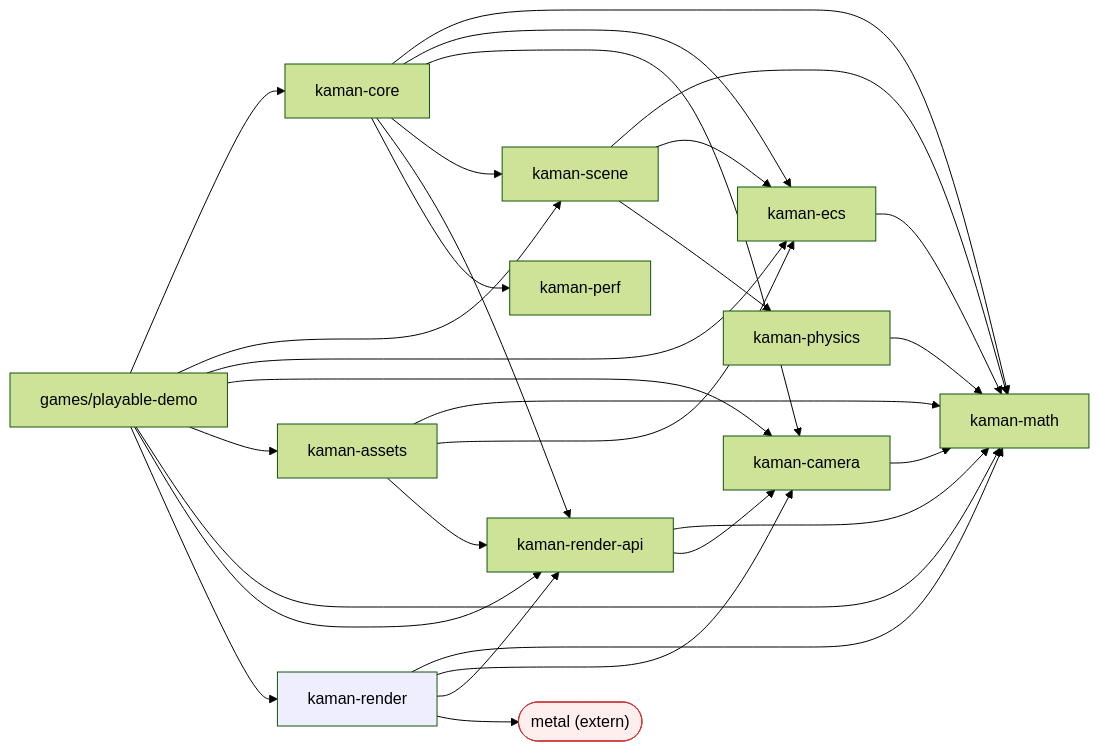
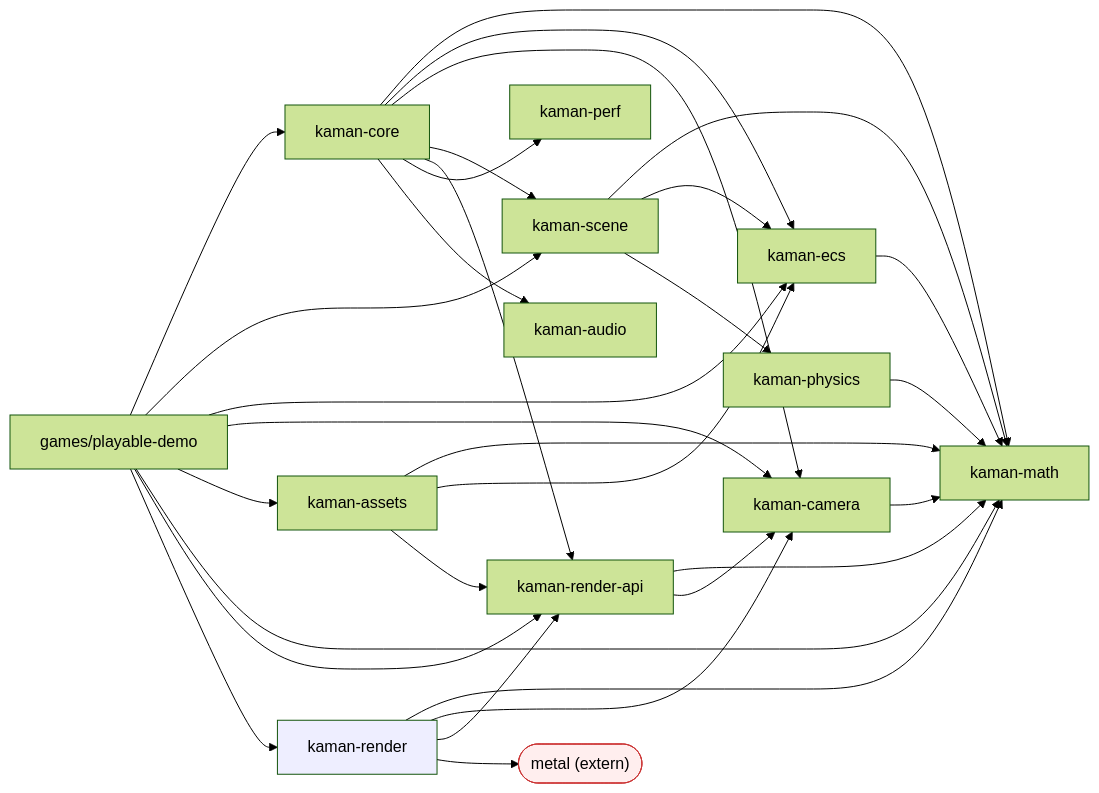
One commit to parsabee/KamanEngine changed the second of 10 diagrams in docs/DESIGN.md. Above: the diagram before and after it, drawn with Mermaid (forest theme). The commit also changed other lines of this file and 40 other files, not shown here.

````diff
--- a/docs/DESIGN.md
+++ b/docs/DESIGN.md
@@ -71,30 +72,31 @@
 ```mermaid
 graph LR
     math["kaman-math"]
     perf["kaman-perf"]
     ecs["kaman-ecs"]
     camera["kaman-camera"]
     physics["kaman-physics"]
     renderapi["kaman-render-api"]
     scene["kaman-scene"]
     assets["kaman-assets"]
+    audio["kaman-audio"]
     render["kaman-render"]
     core["kaman-core"]
     game["games/playable-demo"]
     metal(["metal (extern)"])
 
     ecs --> math
     camera --> math
     physics --> math
     renderapi --> math & camera
     scene --> math & ecs & physics
     assets --> math & ecs & renderapi
     render --> math & camera & renderapi & metal
-    core --> math & ecs & camera & scene & renderapi & perf
+    core --> math & ecs & camera & scene & renderapi & perf & audio
     game --> core & scene & ecs & camera & assets & math & renderapi & render
 
     classDef ext fill:#fee,stroke:#c33;
     class metal ext;
     classDef below fill:#eef;
     class render below;
 ```
````
